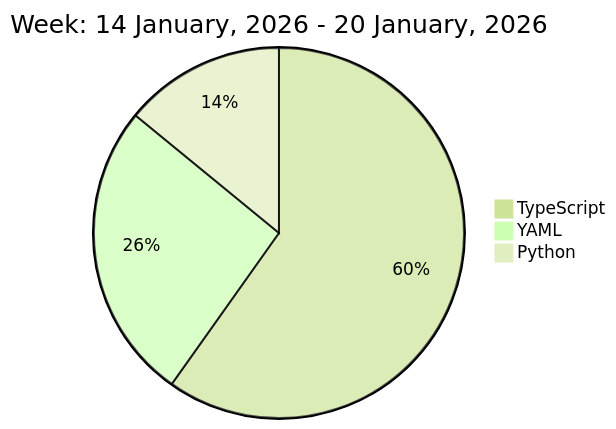
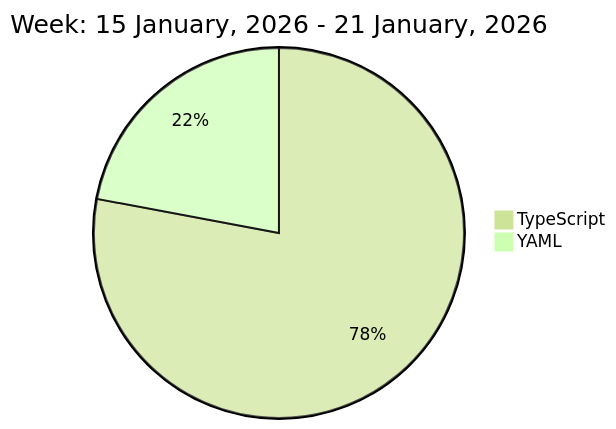
Before and after one commit to liubin95/liubin95: the diagram in README.md, drawn with Mermaid (forest theme).

Commit message:
Updated the Graph with new Metrics

````diff
--- a/README.md
+++ b/README.md
@@ -37,7 +37,6 @@
 ```mermaid
  pie
-title Week: 14 January, 2026 - 20 January, 2026
- "TypeScript" : 7.95
- "YAML" : 3.47
- "Python" : 1.87
+title Week: 15 January, 2026 - 21 January, 2026
+ "TypeScript" : 9.9
+ "YAML" : 2.8
 ```
````
